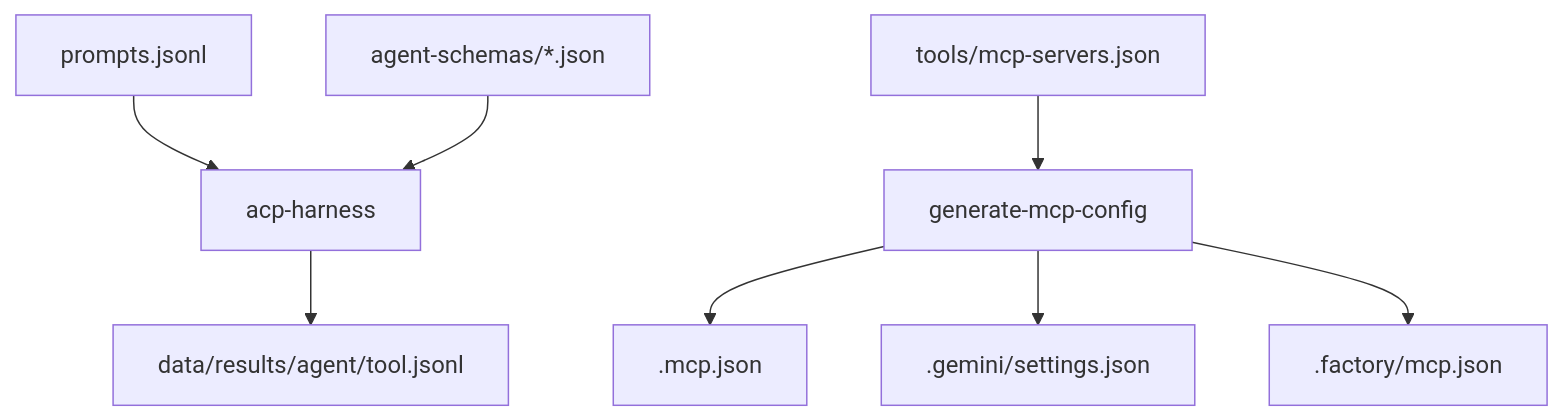
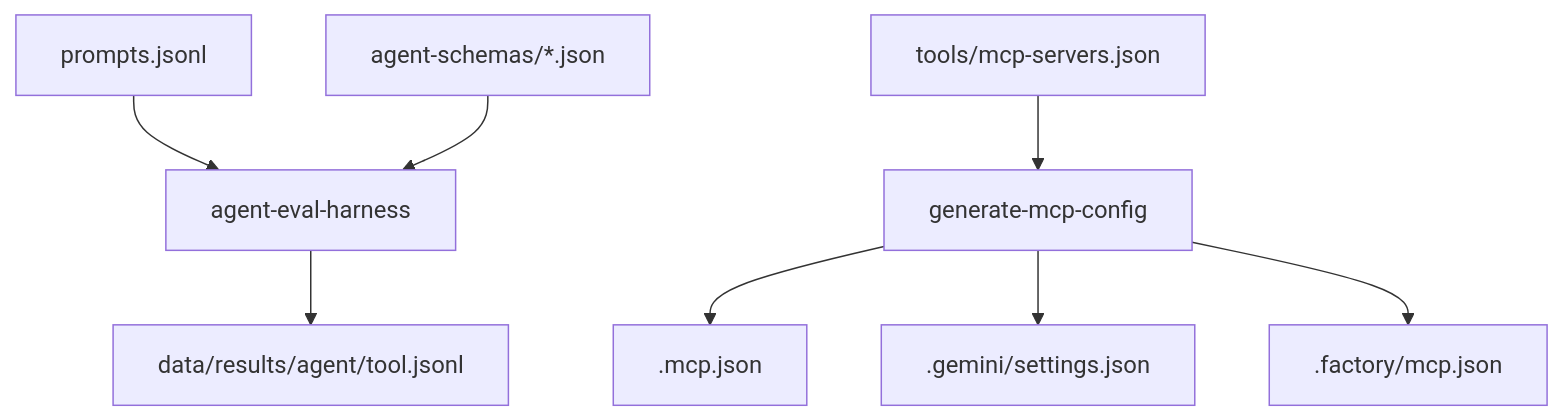
One commit to youdotcom-oss/web-search-agent-evals changed the diagram in README.md. Above: the diagram before and after it, drawn with Mermaid. The commit also changed other lines of this file and 6 other files, not shown here.

First line of the commit message:
refactor: migrate from @plaited/acp-harness to @plaited/agent-eval-harness

````diff
--- a/README.md
+++ b/README.md
@@ -16,10 +16,10 @@
 ```mermaid
 flowchart TD
-    Prompts[prompts.jsonl] --> Harness[acp-harness]
+    Prompts[prompts.jsonl] --> Harness[agent-eval-harness]
     Schemas[agent-schemas/*.json] --> Harness
     MCP[tools/mcp-servers.json] --> Generate[generate-mcp-config]
     Generate --> ClaudeConfig[.mcp.json]
     Generate --> GeminiConfig[.gemini/settings.json]
     Generate --> DroidConfig[.factory/mcp.json]
     Harness --> Results[data/results/agent/tool.jsonl]
 ```
````
